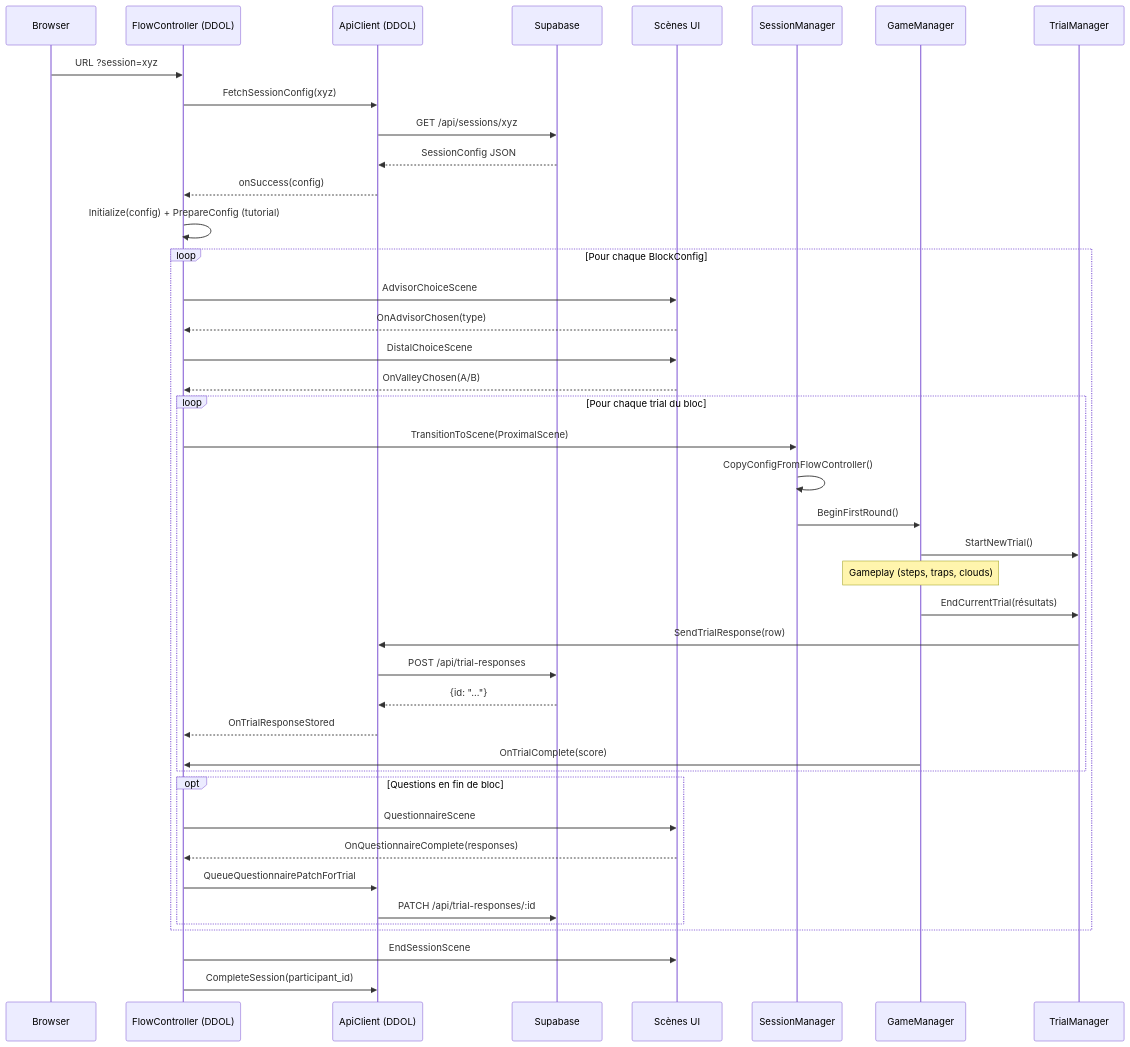
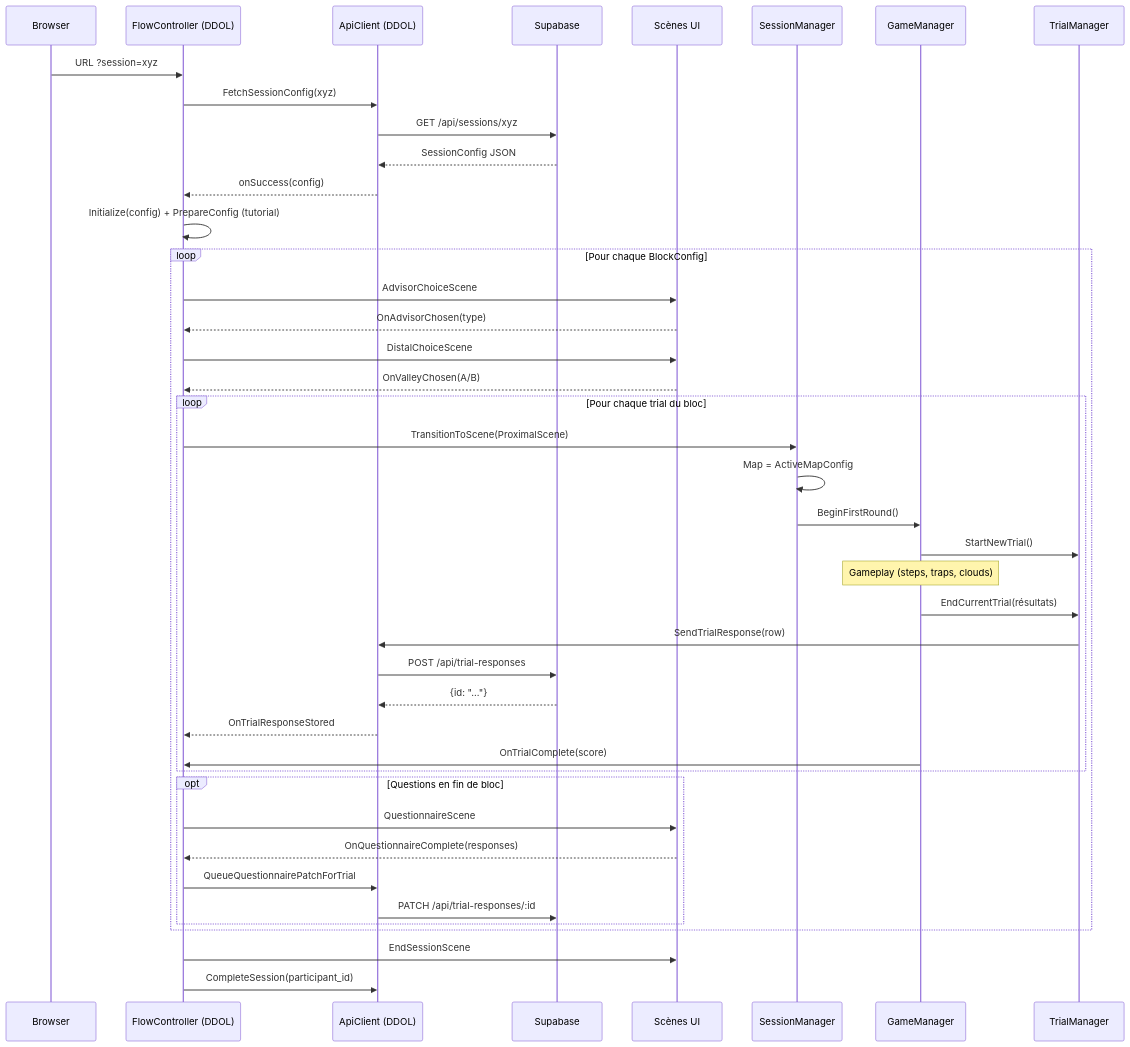
Before and after one commit to PierreChagnon/BUGS: the third of 29 diagrams in Docs/TDD.md, drawn with Mermaid. The commit also changed other lines of this file and 32 other files, not shown here.

Commit message:
section 3: "Architecture / simplification" refacto

````diff
--- a/Docs/TDD.md
+++ b/Docs/TDD.md
@@ -174,49 +174,49 @@
 ```mermaid
 sequenceDiagram
     participant B as Browser
     participant FC as FlowController (DDOL)
     participant AC as ApiClient (DDOL)
     participant SUPA as Supabase
     participant SC as Scènes UI
     participant SM as SessionManager
     participant GM as GameManager
     participant TM as TrialManager
 
     B->>FC: URL ?session=xyz
     FC->>AC: FetchSessionConfig(xyz)
     AC->>SUPA: GET /api/sessions/xyz
     SUPA-->>AC: SessionConfig JSON
     AC-->>FC: onSuccess(config)
     FC->>FC: Initialize(config) + PrepareConfig (tutorial)
 
     loop Pour chaque BlockConfig
         FC->>SC: AdvisorChoiceScene
         SC-->>FC: OnAdvisorChosen(type)
         FC->>SC: DistalChoiceScene
         SC-->>FC: OnValleyChosen(A/B)
 
         loop Pour chaque trial du bloc
             FC->>SM: TransitionToScene(ProximalScene)
-            SM->>SM: CopyConfigFromFlowController()
+            SM->>SM: Map = ActiveMapConfig
             SM->>GM: BeginFirstRound()
             GM->>TM: StartNewTrial()
             Note over GM: Gameplay (steps, traps, clouds)
             GM->>TM: EndCurrentTrial(résultats)
             TM->>AC: SendTrialResponse(row)
             AC->>SUPA: POST /api/trial-responses
             SUPA-->>AC: {id: "..."}
             AC-->>FC: OnTrialResponseStored
             GM->>FC: OnTrialComplete(score)
         end
 
         opt Questions en fin de bloc
             FC->>SC: QuestionnaireScene
             SC-->>FC: OnQuestionnaireComplete(responses)
             FC->>AC: QueueQuestionnairePatchForTrial
             AC->>SUPA: PATCH /api/trial-responses/:id
         end
     end
 
     FC->>SC: EndSessionScene
     FC->>AC: CompleteSession(participant_id)
 ```
````
